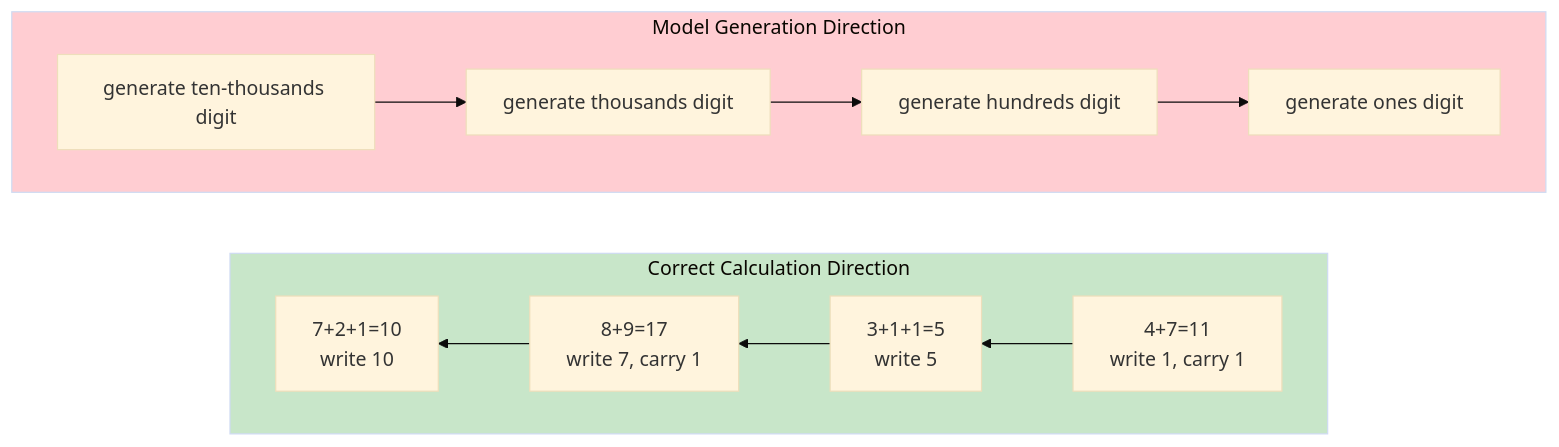
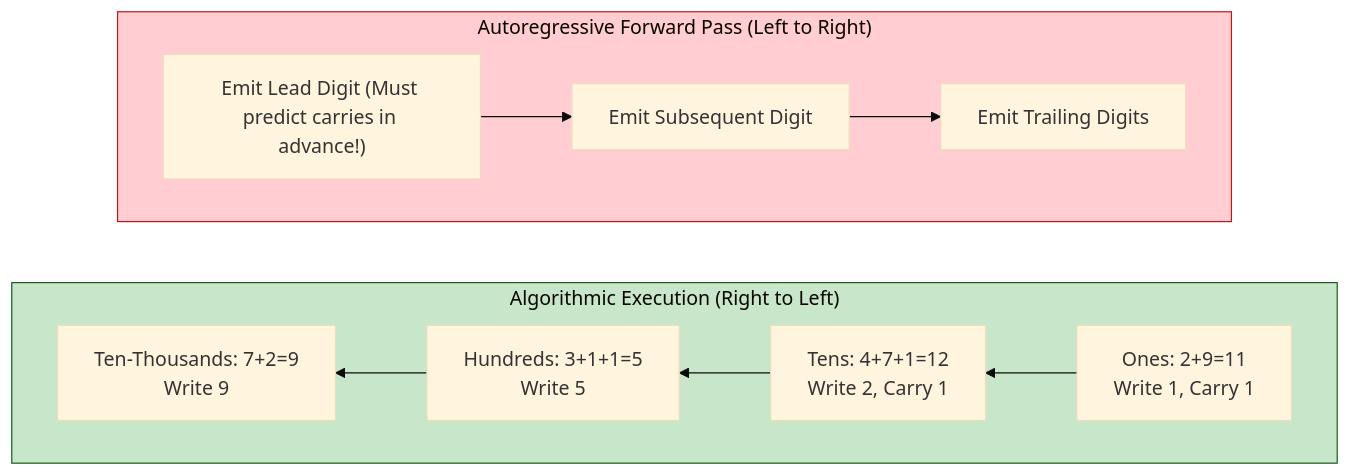
The second of 9 diagrams in en/chapters/06-limitations.md (yingwang/thinking-in-llm), drawn with Mermaid (base theme) before and after one commit. The commit also changed other lines of this file and 31 other files, not shown here.

````diff
--- a/en/chapters/06-limitations.md
+++ b/en/chapters/06-limitations.md
@@ -131,14 +124,14 @@
 ```mermaid
 flowchart LR
-    subgraph correct_calculation["Correct Calculation Direction"]
+    subgraph correct_calculation["Algorithmic Execution (Right to Left)"]
         direction RL
-        R4["4+7=11<br>write 1, carry 1"] --> R3["3+1+1=5<br>write 5"] --> R2["8+9=17<br>write 7, carry 1"] --> R1["7+2+1=10<br>write 10"]
+        R4["Ones: 2+9=11<br/>Write 1, Carry 1"] --> R3["Tens: 4+7+1=12<br/>Write 2, Carry 1"] --> R2["Hundreds: 3+1+1=5<br/>Write 5"] --> R1["Ten-Thousands: 7+2=9<br/>Write 9"]
     end
-    subgraph model_generation["Model Generation Direction"]
+    subgraph model_generation["Autoregressive Forward Pass (Left to Right)"]
         direction LR
-        L1["generate ten-thousands digit"] --> L2["generate thousands digit"] --> L3["generate hundreds digit"] --> L4["generate ones digit"]
+        L1["Emit Lead Digit (Must predict carries in advance!)"] --> L2["Emit Subsequent Digit"] --> L3["Emit Trailing Digits"]
     end
 
-    style correct_calculation fill:#c8e6c9
-    style model_generation fill:#ffcdd2
+    style correct_calculation fill:#c8e6c9,stroke:#1b5e20
+    style model_generation fill:#ffcdd2,stroke:#b71c1c
 ```
````
